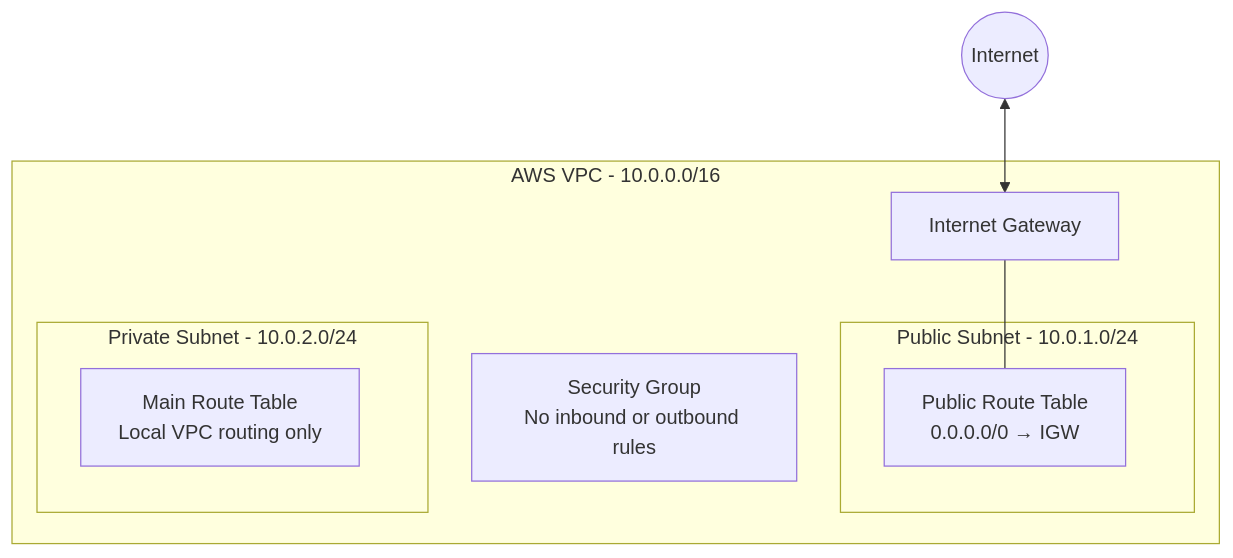
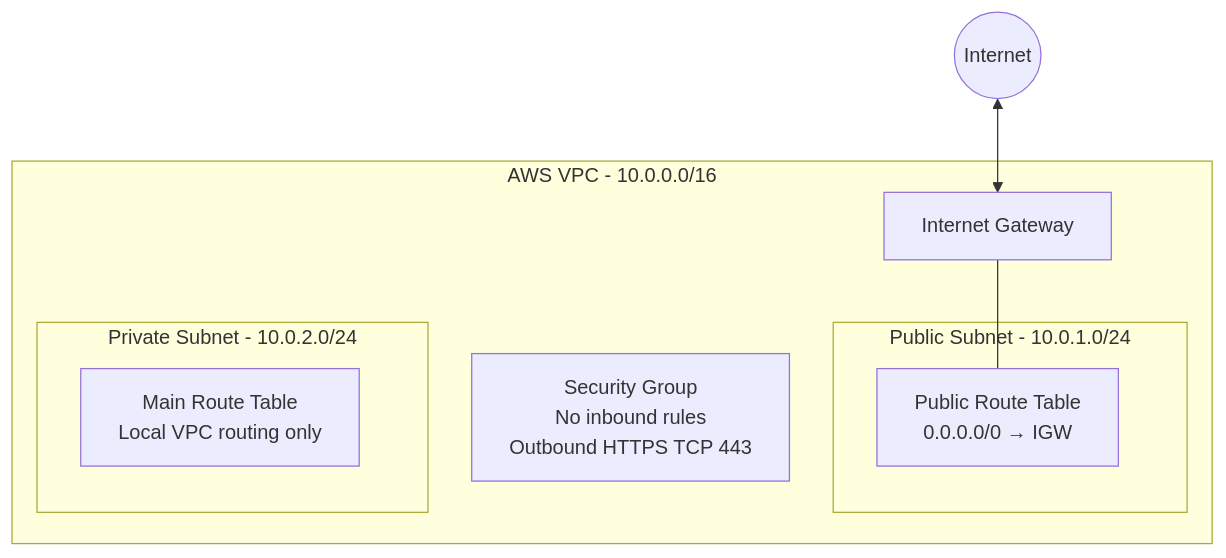
The diagram in README.md (adaniel67/Personal-DevOps-Lab), drawn with Mermaid before and after one commit. The commit also changed other lines of this file and 3 other files, not shown here.

````diff
--- a/README.md
+++ b/README.md
@@ -42,23 +44,23 @@
 ```mermaid
 flowchart TB
     Internet((Internet))
 
     subgraph VPC["AWS VPC - 10.0.0.0/16"]
         IGW["Internet Gateway"]
 
         subgraph Public["Public Subnet - 10.0.1.0/24"]
             PublicRT["Public Route Table<br/>0.0.0.0/0 → IGW"]
         end
 
         subgraph Private["Private Subnet - 10.0.2.0/24"]
             PrivateRT["Main Route Table<br/>Local VPC routing only"]
         end
 
-        SG["Security Group<br/>No inbound or outbound rules"]
+        SG["Security Group<br/>No inbound rules<br/>Outbound HTTPS TCP 443"]
     end
 
     Internet <--> IGW
     IGW --- PublicRT
     PublicRT --- Public
     PrivateRT --- Private
 ```
````
